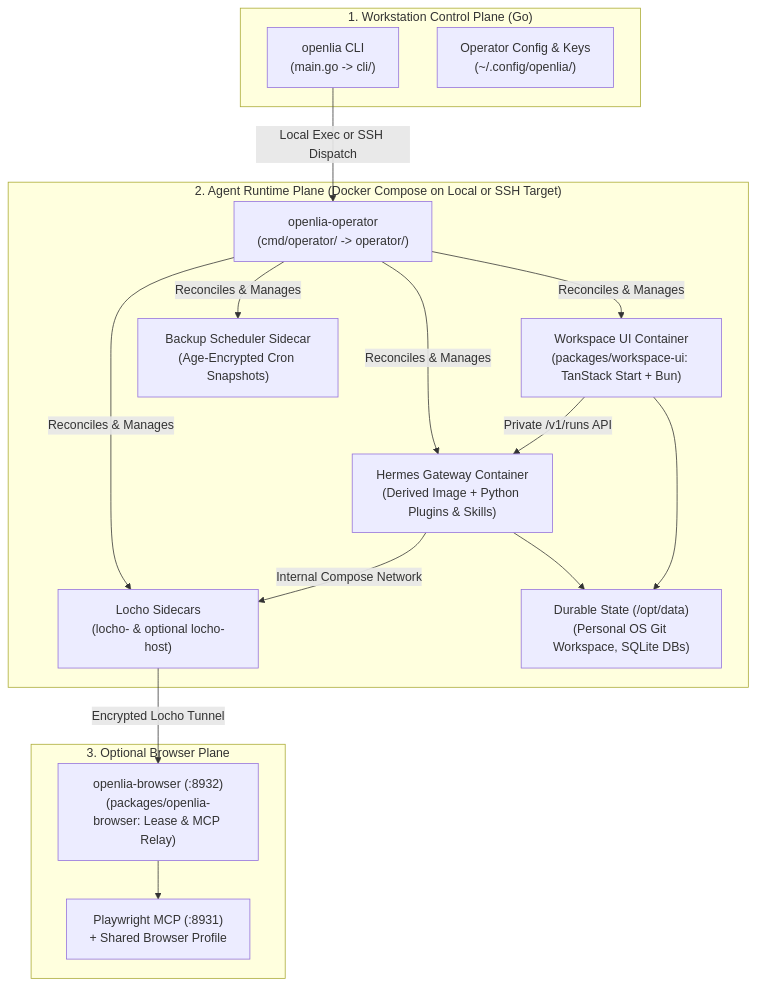
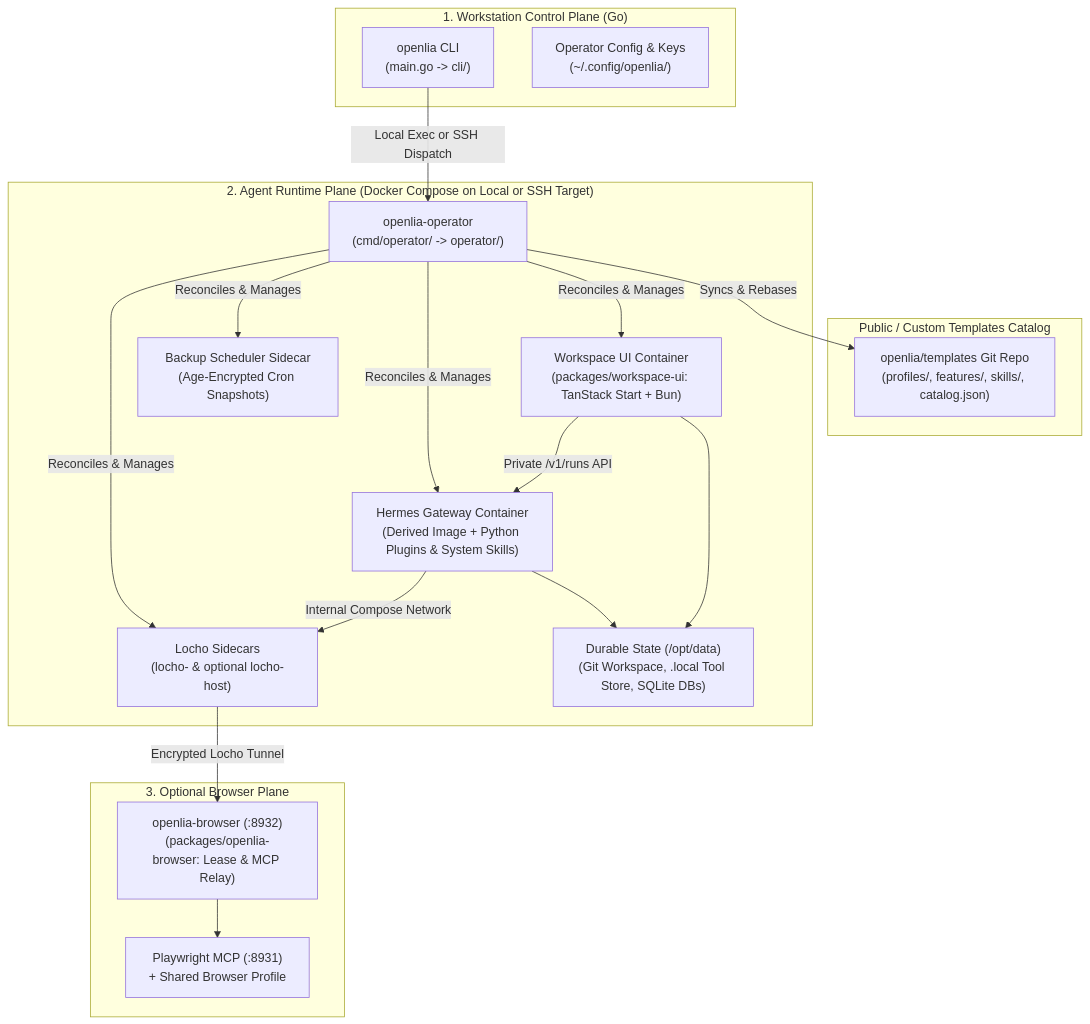
One commit to openlia/openlia changed the diagram in docs/architecture.md. Above: the diagram before and after it, drawn with Mermaid. The commit also changed other lines of this file and 216 other files, not shown here.

First line of the commit message:
feat: reposition as generic agent workspace platform with external templates catalog (#178)

````diff
--- a/docs/architecture.md
+++ b/docs/architecture.md
@@ -15,33 +15,38 @@
 ```mermaid
 flowchart TD
     subgraph Workstation["1. Workstation Control Plane (Go)"]
         CLI["openlia CLI<br/>(main.go -> cli/)"]
         Config["Operator Config & Keys<br/>(~/.config/openlia/)"]
     end
 
+    subgraph Catalog["Public / Custom Templates Catalog"]
+        Templates["openlia/templates Git Repo<br/>(profiles/, features/, skills/, catalog.json)"]
+    end
+
     subgraph Runtime["2. Agent Runtime Plane (Docker Compose on Local or SSH Target)"]
         Operator["openlia-operator<br/>(cmd/operator/ -> operator/)"]
-        Hermes["Hermes Gateway Container<br/>(Derived Image + Python Plugins & Skills)"]
+        Hermes["Hermes Gateway Container<br/>(Derived Image + Python Plugins & System Skills)"]
         UI["Workspace UI Container<br/>(packages/workspace-ui: TanStack Start + Bun)"]
         Locho["Locho Sidecars<br/>(locho-<host> & optional locho-host)"]
         Backup["Backup Scheduler Sidecar<br/>(Age-Encrypted Cron Snapshots)"]
-        Workspace["Durable State (/opt/data)<br/>(Personal OS Git Workspace, SQLite DBs)"]
+        Workspace["Durable State (/opt/data)<br/>(Git Workspace, .local Tool Store, SQLite DBs)"]
     end
 
     subgraph BrowserHost["3. Optional Browser Plane"]
         BrowserRelay["openlia-browser (:8932)<br/>(packages/openlia-browser: Lease & MCP Relay)"]
         Playwright["Playwright MCP (:8931)<br/>+ Shared Browser Profile"]
     end
 
     CLI -- "Local Exec or SSH Dispatch" --> Operator
+    Operator -- "Syncs & Rebases" --> Templates
     Operator -- "Reconciles & Manages" --> Hermes
     Operator -- "Reconciles & Manages" --> UI
     Operator -- "Reconciles & Manages" --> Locho
     Operator -- "Reconciles & Manages" --> Backup
     Hermes --> Workspace
     UI --> Workspace
     UI -- "Private /v1/runs API" --> Hermes
     Hermes -- "Internal Compose Network" --> Locho
     Locho -- "Encrypted Locho Tunnel" --> BrowserRelay
     BrowserRelay --> Playwright
 ```
````
